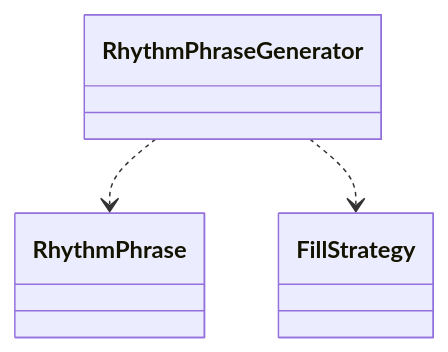
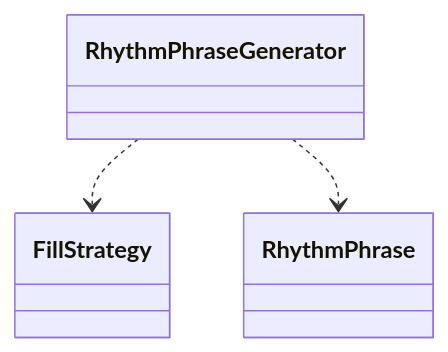
Diagram 29 of 39 in test/test.md (schnock-art/project_inspector), drawn with Mermaid before and after one commit. The commit also changed other lines of this file and 1 other file, not shown here.

Commit message:
Removed empty mermaid

````diff
--- a/test/test.md
+++ b/test/test.md
@@ -522,5 +522,5 @@
 ```mermaid
 classDiagram
+RhythmPhraseGenerator ..> FillStrategy
 RhythmPhraseGenerator ..> RhythmPhrase
-RhythmPhraseGenerator ..> FillStrategy
 ```
````
